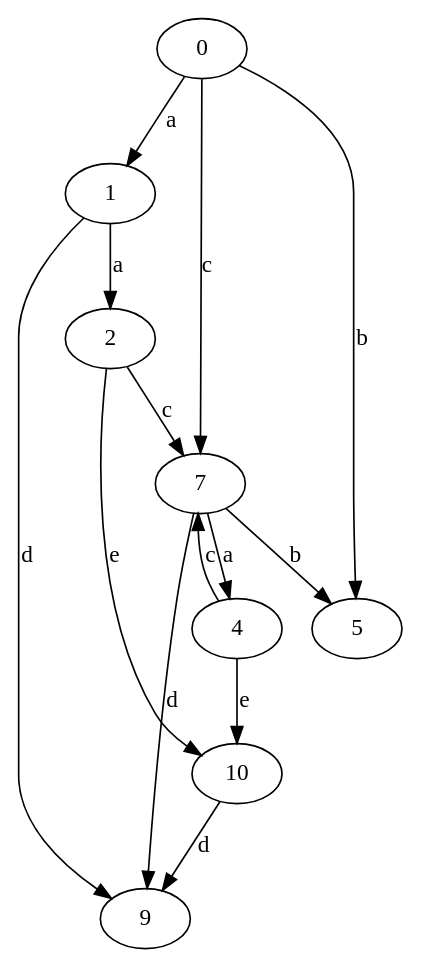
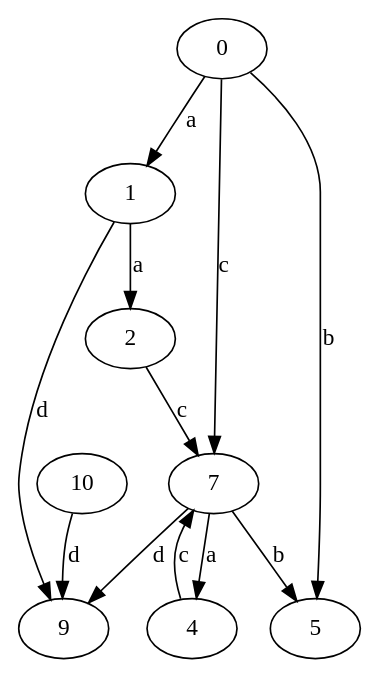
The diagram in generator/samples_exponential/10nodes/test_2.dot (Kuanhao-Chao/Wheeler_Graph_Toolkit), drawn with Graphviz before and after one commit. The commit also changed 4 other files, not shown here.

```diff
--- a/generator/samples_exponential/10nodes/test_2.dot
+++ b/generator/samples_exponential/10nodes/test_2.dot
@@ -1,23 +1,21 @@
 strict digraph  {
 1;
 2;
 4;
 5;
 0;
 7;
 9;
 10;
 1 -> 2  [label=a];
 1 -> 9  [label=d];
 2 -> 7  [label=c];
-2 -> 10  [label=e];
 4 -> 7  [label=c];
-4 -> 10  [label=e];
 0 -> 1  [label=a];
 0 -> 5  [label=b];
 0 -> 7  [label=c];
 7 -> 4  [label=a];
 7 -> 5  [label=b];
 7 -> 9  [label=d];
 10 -> 9  [label=d];
 }
```
